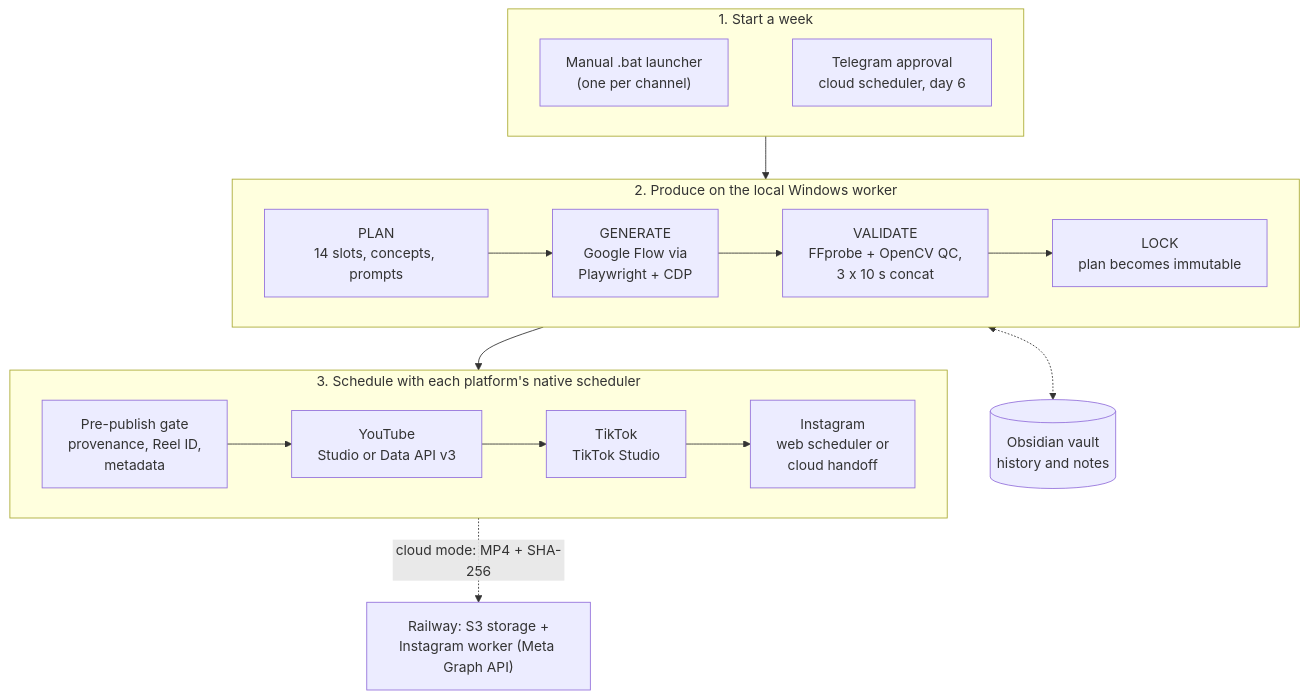
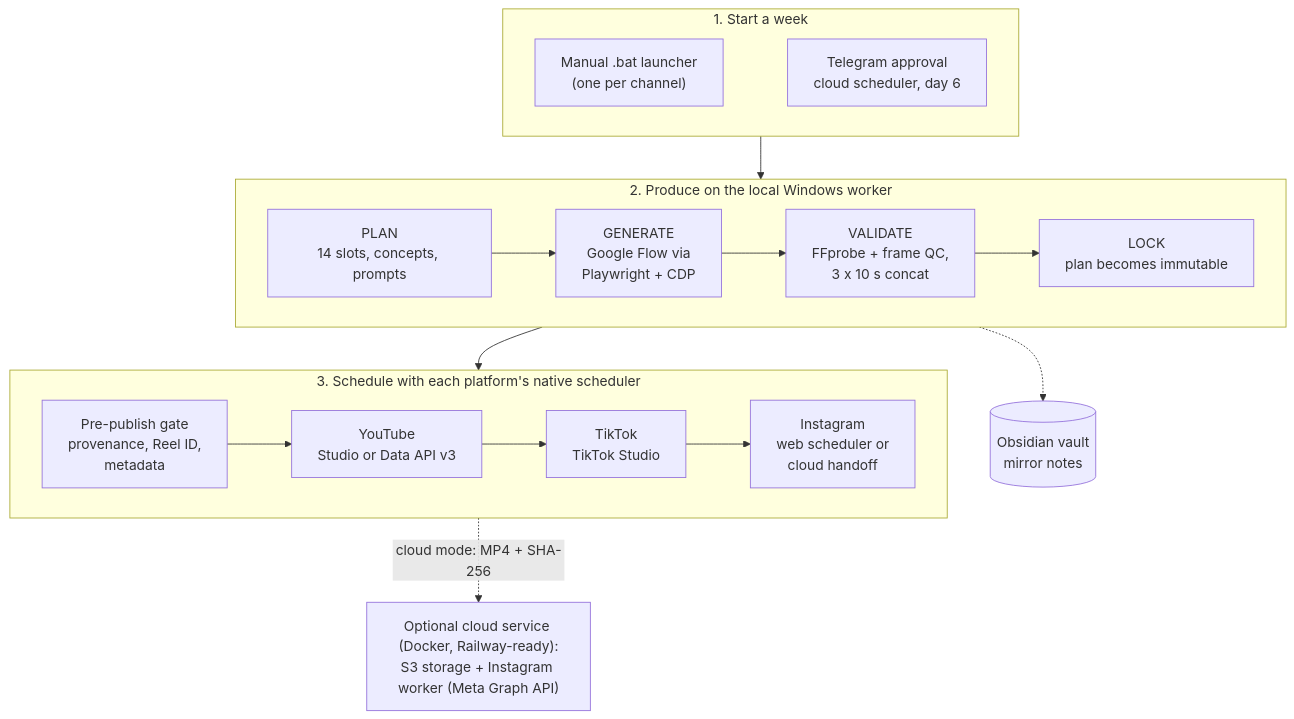
One commit to CoskunerBerke/otomasyon_3 changed the first of 2 diagrams in README.md. Above: the diagram before and after it, drawn with Mermaid. The commit also changed other lines of this file, not shown here.

````diff
--- a/README.md
+++ b/README.md
@@ -31,31 +38,31 @@
 ```mermaid
 flowchart TB
     subgraph START["1. Start a week"]
         direction LR
         BAT["Manual .bat launcher<br/>(one per channel)"]
         APPROVAL["Telegram approval<br/>cloud scheduler, day 6"]
         BAT ~~~ APPROVAL
     end
 
     subgraph PRODUCE["2. Produce on the local Windows worker"]
         direction LR
         PLAN["PLAN<br/>14 slots, concepts, prompts"] --> GEN["GENERATE<br/>Google Flow via<br/>Playwright + CDP"]
-        GEN --> QC["VALIDATE<br/>FFprobe + OpenCV QC,<br/>3 x 10 s concat"]
+        GEN --> QC["VALIDATE<br/>FFprobe + frame QC,<br/>3 x 10 s concat"]
         QC --> LOCKED["LOCK<br/>plan becomes immutable"]
     end
 
     subgraph PUBLISH["3. Schedule with each platform's native scheduler"]
         direction LR
         GATE["Pre-publish gate<br/>provenance, Reel ID,<br/>metadata"] --> YT["YouTube<br/>Studio or Data API v3"]
         YT --> TT["TikTok<br/>TikTok Studio"]
         TT --> IG["Instagram<br/>web scheduler or<br/>cloud handoff"]
     end
 
-    VAULT[("Obsidian vault<br/>history and notes")]
-    CLOUDIG["Railway: S3 storage +<br/>Instagram worker (Meta Graph API)"]
+    VAULT[("Obsidian vault<br/>mirror notes")]
+    CLOUDIG["Optional cloud service (Docker, Railway-ready):<br/>S3 storage + Instagram worker (Meta Graph API)"]
 
     START --> PRODUCE
     PRODUCE --> PUBLISH
-    PRODUCE <-.-> VAULT
+    PRODUCE -.-> VAULT
     PUBLISH -.->|"cloud mode: MP4 + SHA-256"| CLOUDIG
 ```
````
